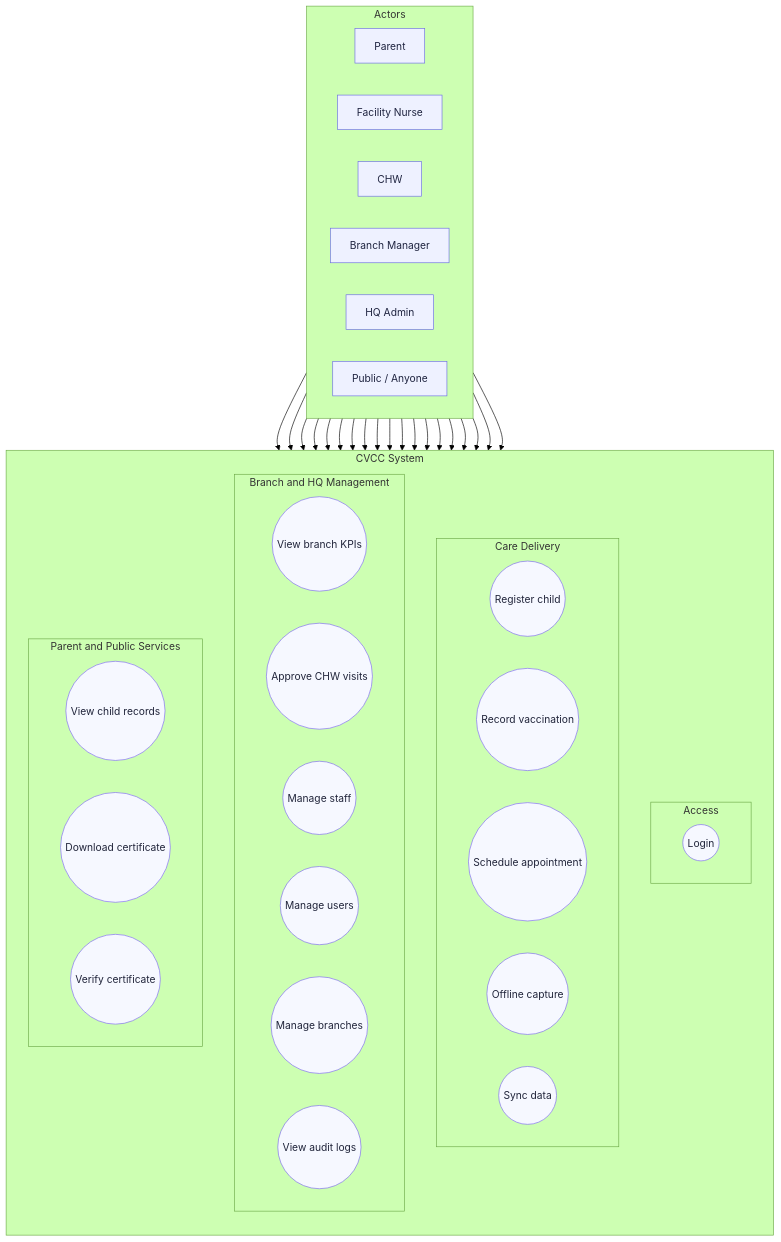
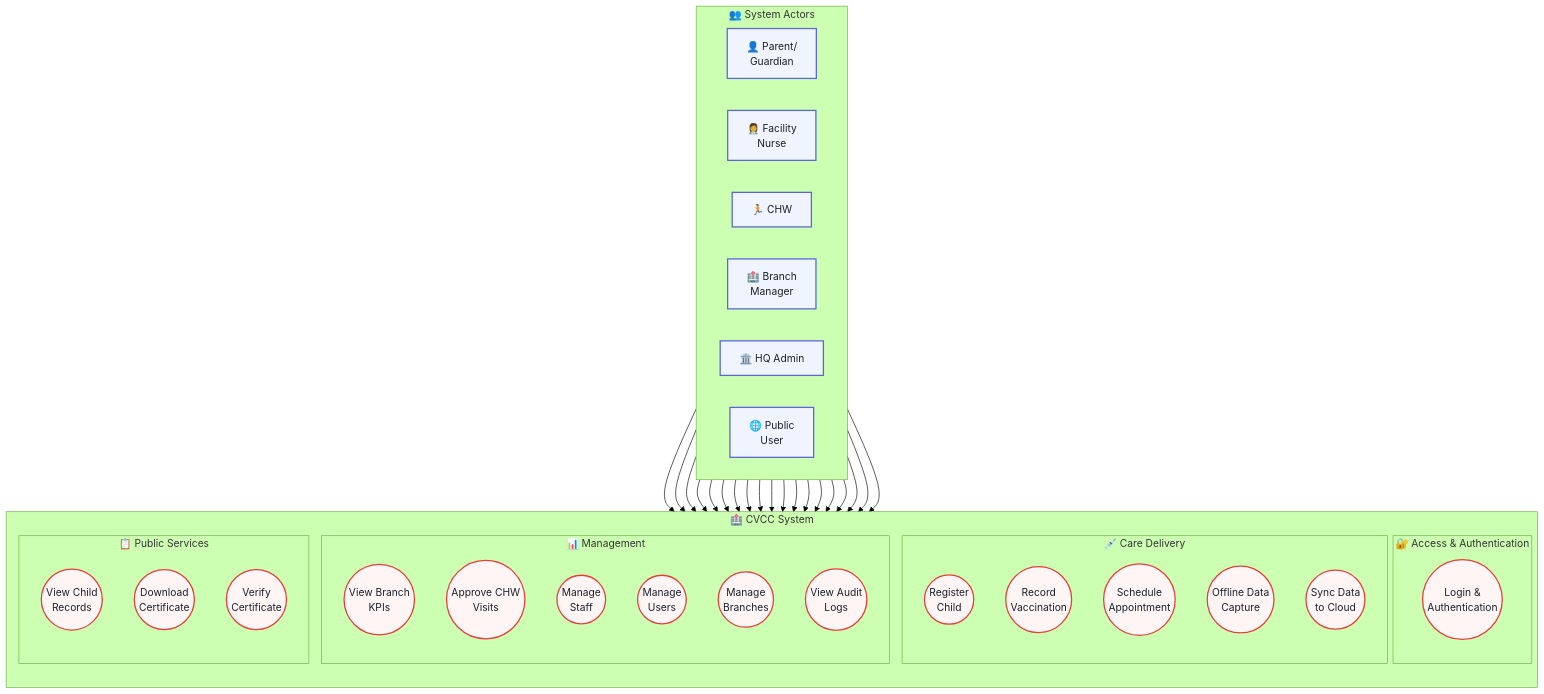
One commit to Juny-max/child-vaccination-system changed the diagram in docs/diagram-images/src/02-use-case-diagram-all-5-roles.mmd. Above: the diagram before and after it, drawn with Mermaid (forest theme). The commit also changed 6 other files, not shown here.

First line of the commit message:
refactor: Improve diagram clarity, text alignment, and formatting

```diff
--- a/docs/diagram-images/src/02-use-case-diagram-all-5-roles.mmd
+++ b/docs/diagram-images/src/02-use-case-diagram-all-5-roles.mmd
@@ -1,75 +1,72 @@
 flowchart TB
-  subgraph Actors[Actors]
+  subgraph Actors["👥 System Actors"]
     direction LR
-    Parent[Parent]
-    Nurse[Facility Nurse]
-    CHW[CHW]
-    BM[Branch Manager]
-    HQA[HQ Admin]
-    Public[Public / Anyone]
+    Parent["👤 Parent/<br/>Guardian"]
+    Nurse["👩‍⚕️ Facility<br/>Nurse"]
+    CHW["🏃 CHW"]
+    BM["🏥 Branch<br/>Manager"]
+    HQA["🏛️ HQ Admin"]
+    Public["🌐 Public<br/>User"]
   end
 
-  subgraph CVCC[CVCC System]
+  subgraph CVCC["🏥 CVCC System"]
     direction TB
 
-    subgraph A[Access]
-      direction LR
-      UC1((Login))
+    subgraph A["🔐 Access & Authentication"]
+      UC1((Login &<br/>Authentication))
     end
 
-    subgraph C[Care Delivery]
-      direction LR
-      UC4((Register child))
-      UC5((Record vaccination))
-      UC6((Schedule appointment))
-      UC7((Offline capture))
-      UC8((Sync data))
+    subgraph C["💉 Care Delivery"]
+      UC4((Register<br/>Child))
+      UC5((Record<br/>Vaccination))
+      UC6((Schedule<br/>Appointment))
+      UC7((Offline Data<br/>Capture))
+      UC8((Sync Data<br/>to Cloud))
     end
 
-    subgraph M[Branch and HQ Management]
-      direction LR
-      UC9((View branch KPIs))
-      UC10((Approve CHW visits))
-      UC11((Manage staff))
-      UC12((Manage users))
-      UC13((Manage branches))
-      UC14((View audit logs))
+    subgraph M["📊 Management"]
+      UC9((View Branch<br/>KPIs))
+      UC10((Approve CHW<br/>Visits))
+      UC11((Manage<br/>Staff))
+      UC12((Manage<br/>Users))
+      UC13((Manage<br/>Branches))
+      UC14((View Audit<br/>Logs))
     end
 
-    subgraph P[Parent and Public Services]
-      direction LR
-      UC2((View child records))
-      UC3((Download certificate))
-      UC15((Verify certificate))
+    subgraph P["📋 Public Services"]
+      UC2((View Child<br/>Records))
+      UC3((Download<br/>Certificate))
+      UC15((Verify<br/>Certificate))
     end
   end
 
   Parent --> UC1
   Parent --> UC2
   Parent --> UC3
 
   Nurse --> UC1
   Nurse --> UC4
   Nurse --> UC5
   Nurse --> UC6
 
   CHW --> UC1
   CHW --> UC7
   CHW --> UC8
 
   BM --> UC1
   BM --> UC9
   BM --> UC10
   BM --> UC11
 
   HQA --> UC1
   HQA --> UC12
   HQA --> UC13
   HQA --> UC14
 
   Public --> UC15
 
-  classDef actor fill:#eef1ff,stroke:#6b6de3,color:#1f2440,stroke-width:1px
-  classDef usecase fill:#f6f8ff,stroke:#7b68ee,color:#20243a,stroke-width:1px
+  classDef actor fill:#f0f4ff,stroke:#5a67d8,color:#1a202c,stroke-width:2px
+  classDef usecase fill:#fff5f5,stroke:#e53e3e,color:#1a202c,stroke-width:2px
+  classDef subgraphStyle fill:#f7fafc,stroke:#2d3748,color:#1a202c,stroke-width:1px
   class Parent,Nurse,CHW,BM,HQA,Public actor
   class UC1,UC2,UC3,UC4,UC5,UC6,UC7,UC8,UC9,UC10,UC11,UC12,UC13,UC14,UC15 usecase
```
